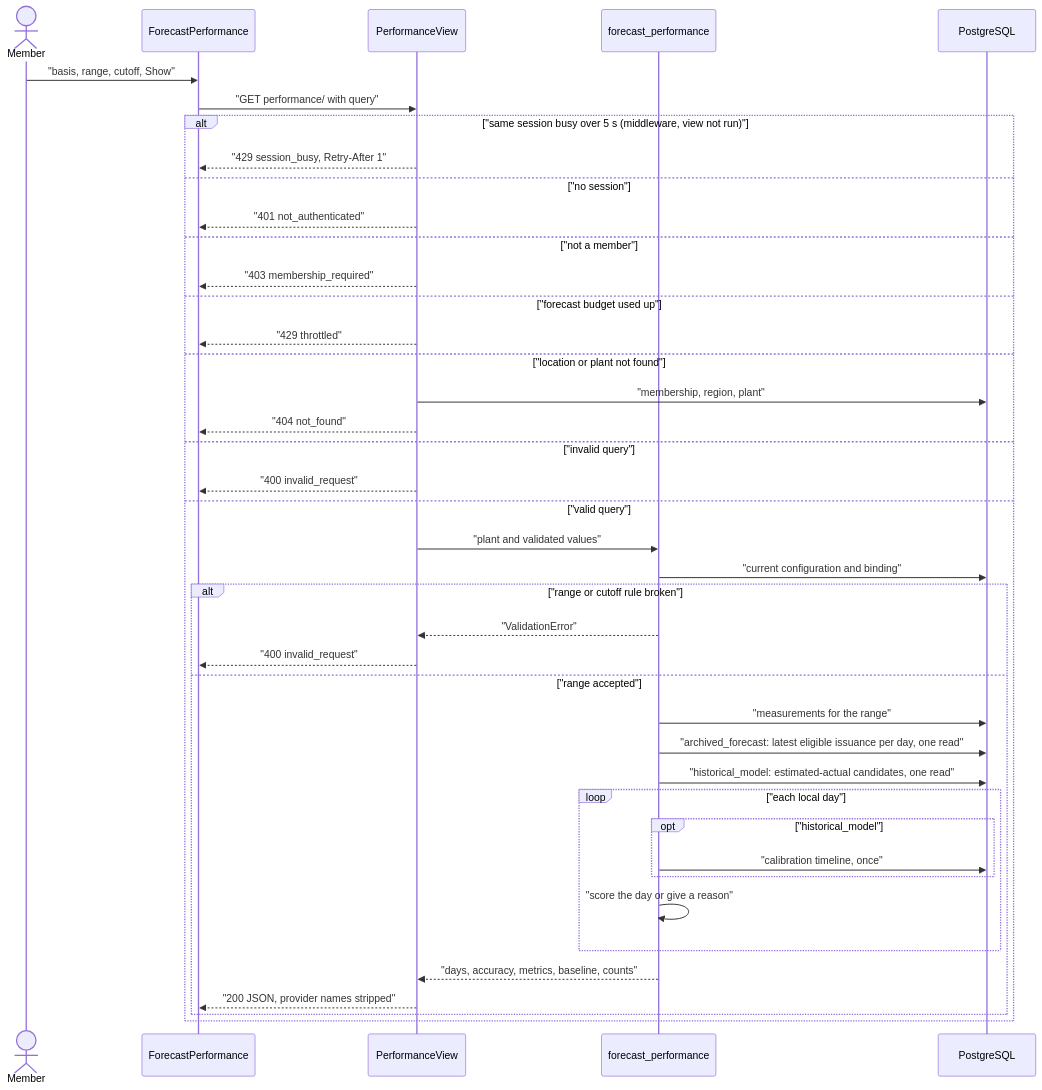
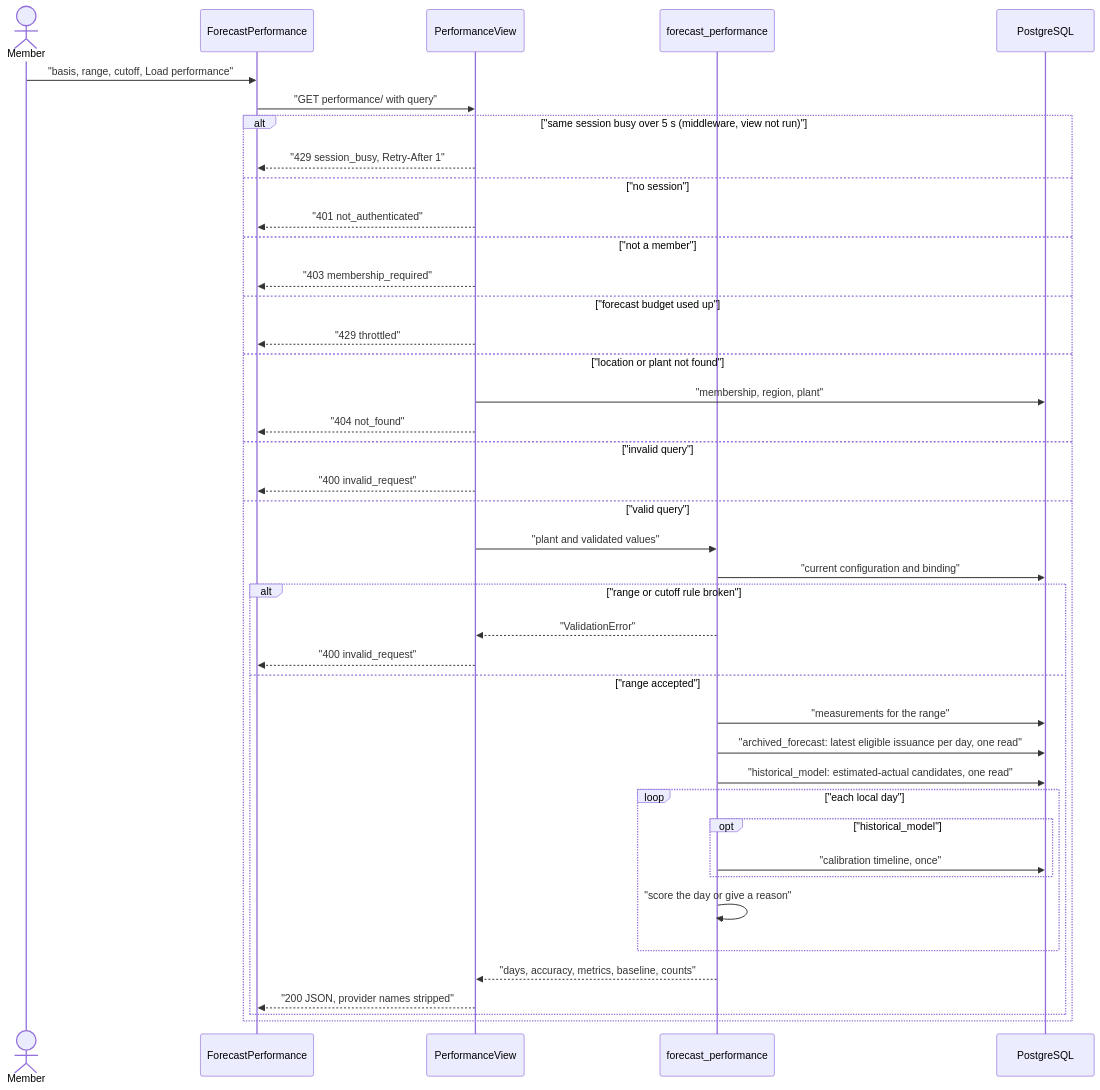
One commit to erkurtharun/pyracast changed the diagram in docs/flows/forecast-performance.md. Above: the diagram before and after it, drawn with Mermaid. The commit also changed other lines of this file and 73 other files, not shown here.

````diff
--- a/docs/flows/forecast-performance.md
+++ b/docs/flows/forecast-performance.md
@@ -15,43 +12,43 @@
 ```mermaid
 sequenceDiagram
     actor U as Member
     participant F as ForecastPerformance
     participant V as PerformanceView
     participant O as forecast_performance
     participant DB as PostgreSQL
-    U->>F: "basis, range, cutoff, Show"
+    U->>F: "basis, range, cutoff, Load performance"
     F->>V: "GET performance/ with query"
     alt "same session busy over 5 s (middleware, view not run)"
         V-->>F: "429 session_busy, Retry-After 1"
     else "no session"
         V-->>F: "401 not_authenticated"
     else "not a member"
         V-->>F: "403 membership_required"
     else "forecast budget used up"
         V-->>F: "429 throttled"
     else "location or plant not found"
         V->>DB: "membership, region, plant"
         V-->>F: "404 not_found"
     else "invalid query"
         V-->>F: "400 invalid_request"
     else "valid query"
         V->>O: "plant and validated values"
         O->>DB: "current configuration and binding"
         alt "range or cutoff rule broken"
             O-->>V: "ValidationError"
             V-->>F: "400 invalid_request"
         else "range accepted"
             O->>DB: "measurements for the range"
             O->>DB: "archived_forecast: latest eligible issuance per day, one read"
             O->>DB: "historical_model: estimated-actual candidates, one read"
             loop "each local day"
                 opt "historical_model"
                     O->>DB: "calibration timeline, once"
                 end
                 O->>O: "score the day or give a reason"
             end
             O-->>V: "days, accuracy, metrics, baseline, counts"
             V-->>F: "200 JSON, provider names stripped"
         end
     end
 ```
````
